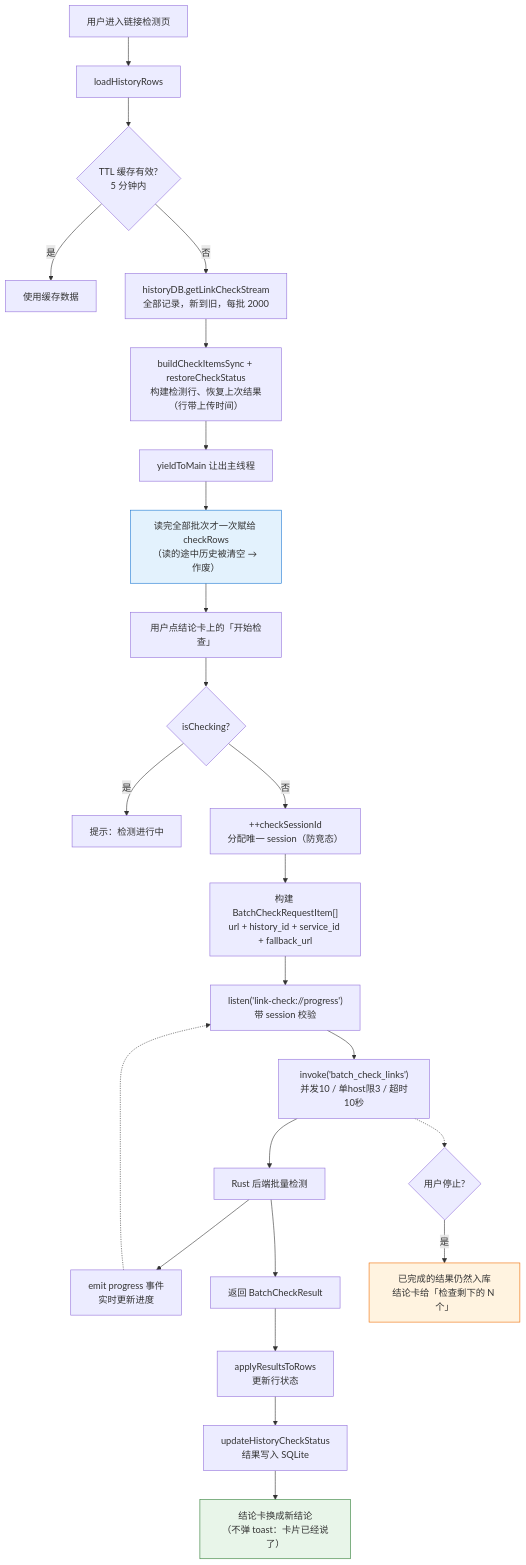
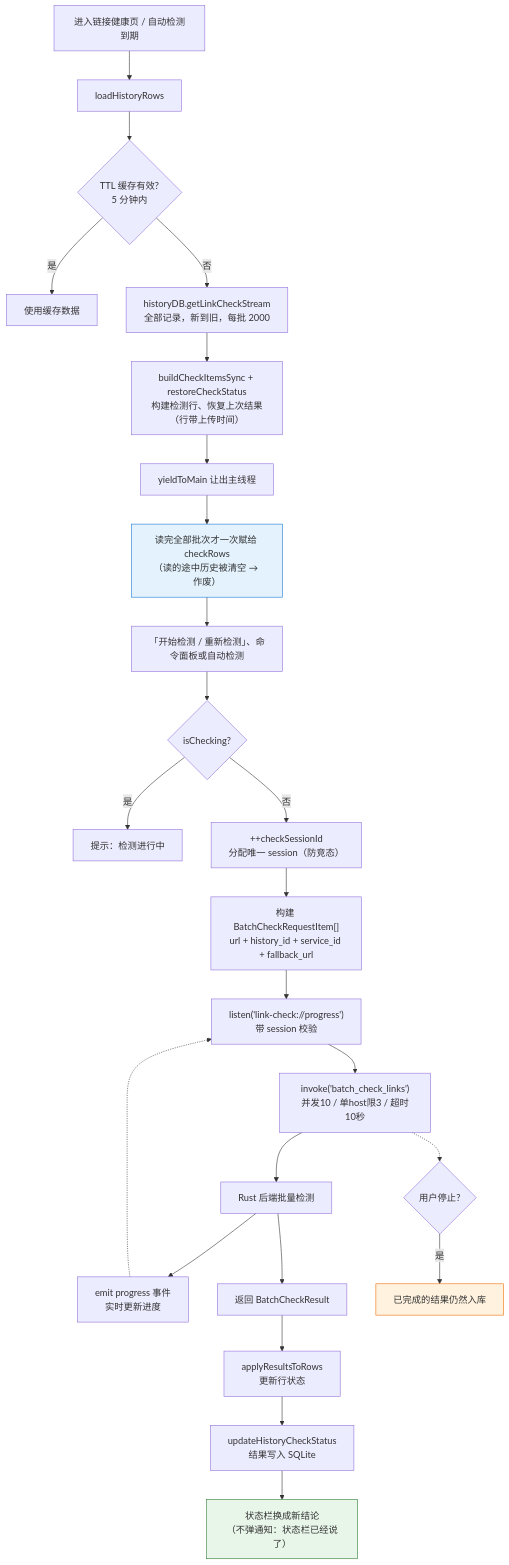
One commit to joeyliu6/PicNexus changed the third of 5 diagrams in docs/flows/auxiliary-flows.md. Above: the diagram before and after it, drawn with Mermaid. The commit also changed other lines of this file and 11 other files, not shown here.

First line of the commit message:
docs(flows): describe 链接健康's repair, supplement backup and health model

````diff
--- a/docs/flows/auxiliary-flows.md
+++ b/docs/flows/auxiliary-flows.md
@@ -91,38 +91,38 @@
 ```mermaid
 flowchart TD
-    A[用户进入链接检测页] --> B[loadHistoryRows]
+    A[进入链接健康页 / 自动检测到期] --> B[loadHistoryRows]
     B --> C{TTL 缓存有效?<br/>5 分钟内}
     C -- 是 --> C1[使用缓存数据]
     C -- 否 --> D
 
     D["historyDB.getLinkCheckStream<br/>全部记录，新到旧，每批 2000"]
     D --> F["buildCheckItemsSync + restoreCheckStatus<br/>构建检测行、恢复上次结果（行带上传时间）"]
     F --> K["yieldToMain 让出主线程"]
     K --> L["读完全部批次才一次赋给 checkRows<br/>（读的途中历史被清空 → 作废）"]
 
     %% 执行检测
-    L --> M[用户点结论卡上的「开始检查」]
+    L --> M[「开始检测 / 重新检测」、命令面板或自动检测]
     M --> N{isChecking?}
     N -- 是 --> N1[提示：检测进行中]
     N -- 否 --> O["++checkSessionId<br/>分配唯一 session（防竞态）"]
     O --> P["构建 BatchCheckRequestItem[]<br/>url + history_id + service_id + fallback_url"]
     P --> Q["listen('link-check://progress')<br/>带 session 校验"]
     Q --> R["invoke('batch_check_links')<br/>并发10 / 单host限3 / 超时10秒"]
 
     R --> S["Rust 后端批量检测"]
     S --> T["emit progress 事件<br/>实时更新进度"]
     T -.-> Q
 
     S --> U[返回 BatchCheckResult]
     U --> V["applyResultsToRows<br/>更新行状态"]
     V --> W["updateHistoryCheckStatus<br/>结果写入 SQLite"]
-    W --> X["结论卡换成新结论<br/>（不弹 toast：卡片已经说了）"]
+    W --> X["状态栏换成新结论<br/>（不弹通知：状态栏已经说了）"]
 
     %% 取消分支
     R -.-> CANCEL{用户停止?}
-    CANCEL -- 是 --> CANCEL1["已完成的结果仍然入库<br/>结论卡给「检查剩下的 N 个」"]
+    CANCEL -- 是 --> CANCEL1["已完成的结果仍然入库"]
 
     style L fill:#e3f2fd,stroke:#1976d2
     style X fill:#e8f5e9,stroke:#2e7d32
     style CANCEL1 fill:#fff3e0,stroke:#ef6c00
 ```
````
